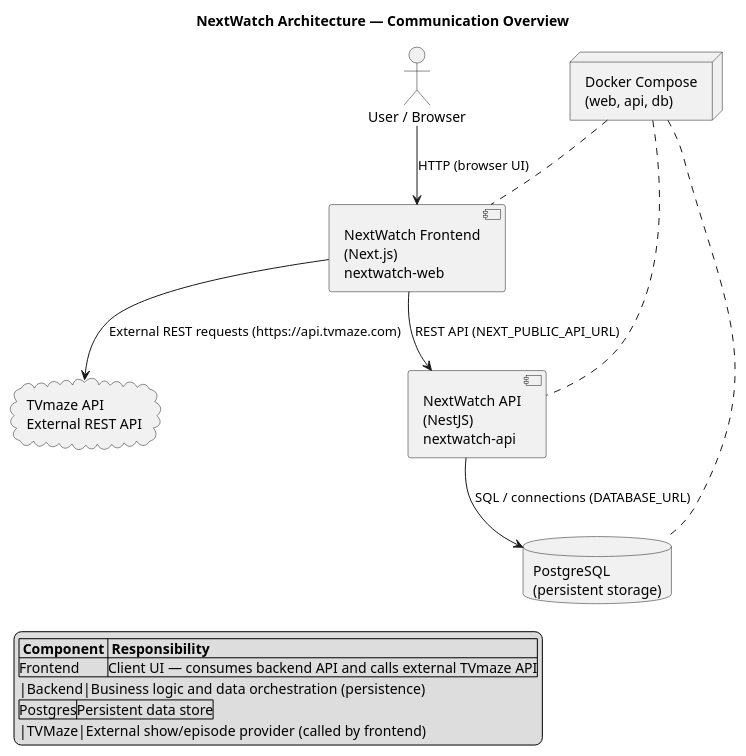
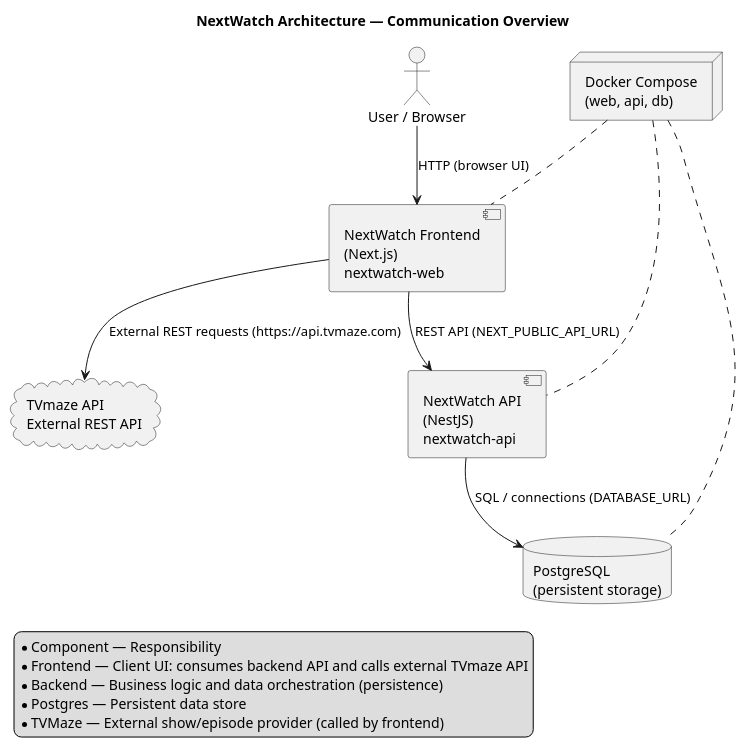
One commit to robertheory/nextwatch changed the diagram in docs/architecture.puml. Above: the diagram before and after it, drawn with PlantUML. The commit also changed 1 other file, not shown here.

Commit message:
Update architecture diagram legend for clarity and consistency

```diff
--- a/docs/architecture.puml
+++ b/docs/architecture.puml
@@ -1,30 +1,30 @@
 @startuml NextWatchArchitecture
 title NextWatch Architecture — Communication Overview
 
 actor "User / Browser" as User
 
 [NextWatch Frontend\n(Next.js)\nnextwatch-web] as FrontendApp
 [NextWatch API\n(NestJS)\nnextwatch-api] as BackendApi
 database "PostgreSQL\n(persistent storage)" as PostgresDB
 cloud "TVmaze API\nExternal REST API" as TVMazeAPI
 
 node "Docker Compose\n(web, api, db)" as DockerCompose
 
 User --> FrontendApp : HTTP (browser UI)
 FrontendApp --> BackendApi : REST API (NEXT_PUBLIC_API_URL)
 BackendApi --> PostgresDB : SQL / connections (DATABASE_URL)
 FrontendApp --> TVMazeAPI : External REST requests (https://api.tvmaze.com)
 
 DockerCompose .. FrontendApp
 DockerCompose .. BackendApi
 DockerCompose .. PostgresDB
 
 legend left
-|= Component |= Responsibility |
-|Frontend|Client UI — consumes backend API and calls external TVmaze API|
-|Backend|Business logic and data orchestration (persistence)
-|Postgres|Persistent data store|
-|TVMaze|External show/episode provider (called by frontend)
+	* Component — Responsibility
+	* Frontend — Client UI: consumes backend API and calls external TVmaze API
+	* Backend — Business logic and data orchestration (persistence)
+	* Postgres — Persistent data store
+	* TVMaze — External show/episode provider (called by frontend)
 endlegend
 
 @enduml
```
